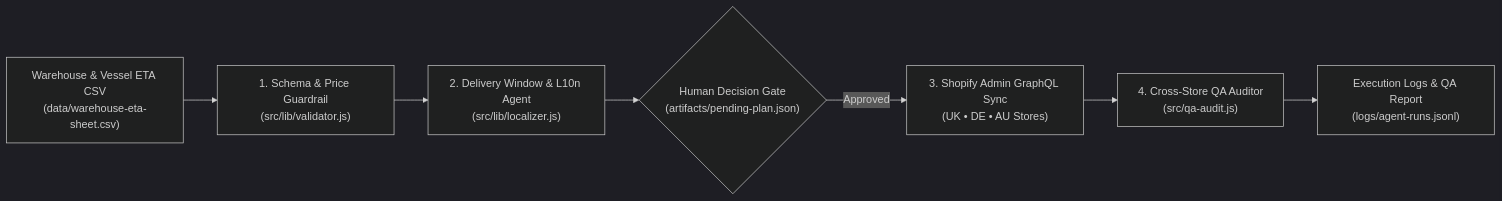
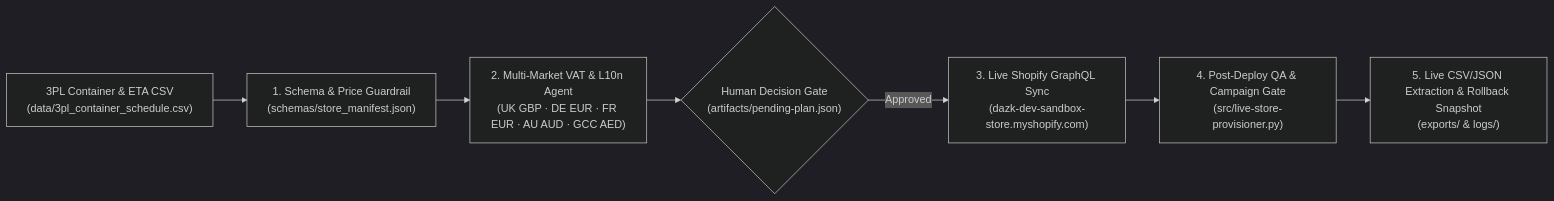
One commit to iamdazkdev/shopify-multistore-agent-ops changed the diagram in README.md. Above: the diagram before and after it, drawn with Mermaid (dark theme). The commit also changed other lines of this file and 11 other files, not shown here.

Commit message:
feat: connect live Shopify Plus store (v2.0) with multi-hub 3PL sync, DE/FR localization, VAT matrix & campaign QA gate

````diff
--- a/README.md
+++ b/README.md
@@ -11,9 +11,9 @@
 ```mermaid
 flowchart LR
-    Sheet["Warehouse & Vessel ETA CSV\n(data/warehouse-eta-sheet.csv)"] --> Validator["1. Schema & Price Guardrail\n(src/lib/validator.js)"]
-    Validator --> Localizer["2. Delivery Window & L10n Agent\n(src/lib/localizer.js)"]
+    Sheet["3PL Container & ETA CSV\n(data/3pl_container_schedule.csv)"] --> Validator["1. Schema & Price Guardrail\n(schemas/store_manifest.json)"]
+    Validator --> Localizer["2. Multi-Market VAT & L10n Agent\n(UK GBP · DE EUR · FR EUR · AU AUD · GCC AED)"]
     Localizer --> Gate{"Human Decision Gate\n(artifacts/pending-plan.json)"}
-    Gate -->|Approved| GraphQL["3. Shopify Admin GraphQL Sync\n(UK • DE • AU Stores)"]
-    GraphQL --> QA["4. Cross-Store QA Auditor\n(src/qa-audit.js)"]
-    QA --> Logs["Execution Logs & QA Report\n(logs/agent-runs.jsonl)"]
+    Gate -->|Approved| GraphQL["3. Live Shopify GraphQL Sync\n(dazk-dev-sandbox-store.myshopify.com)"]
+    GraphQL --> QA["4. Post-Deploy QA & Campaign Gate\n(src/live-store-provisioner.py)"]
+    QA --> Exports["5. Live CSV/JSON Extraction & Rollback Snapshot\n(exports/ & logs/)"]
 ```
````
